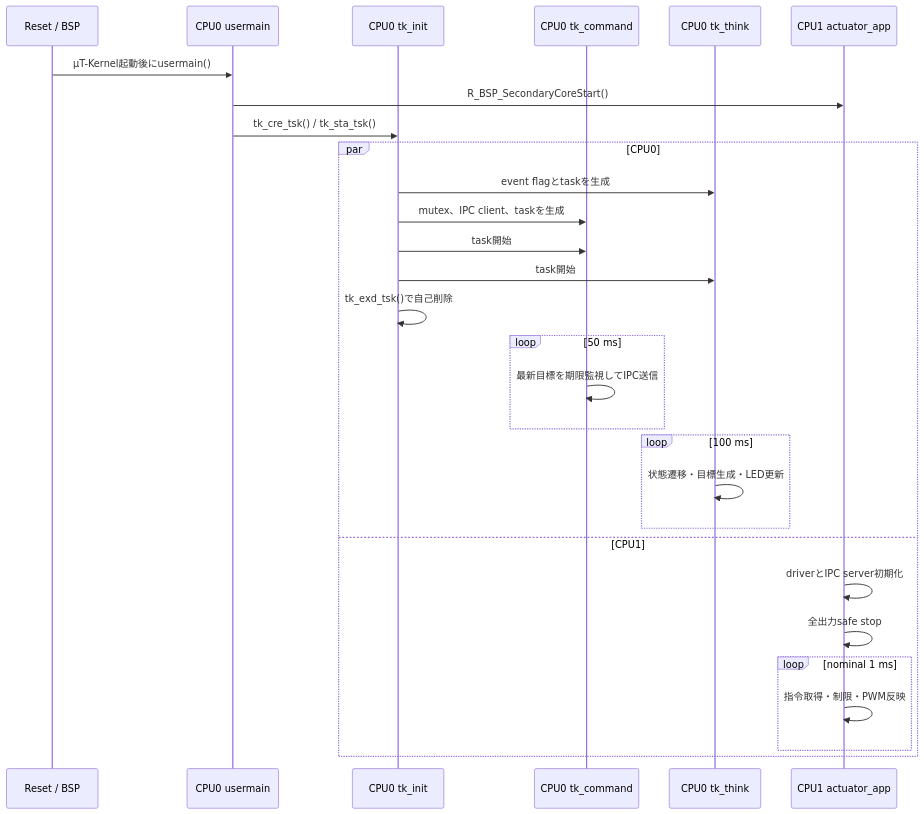
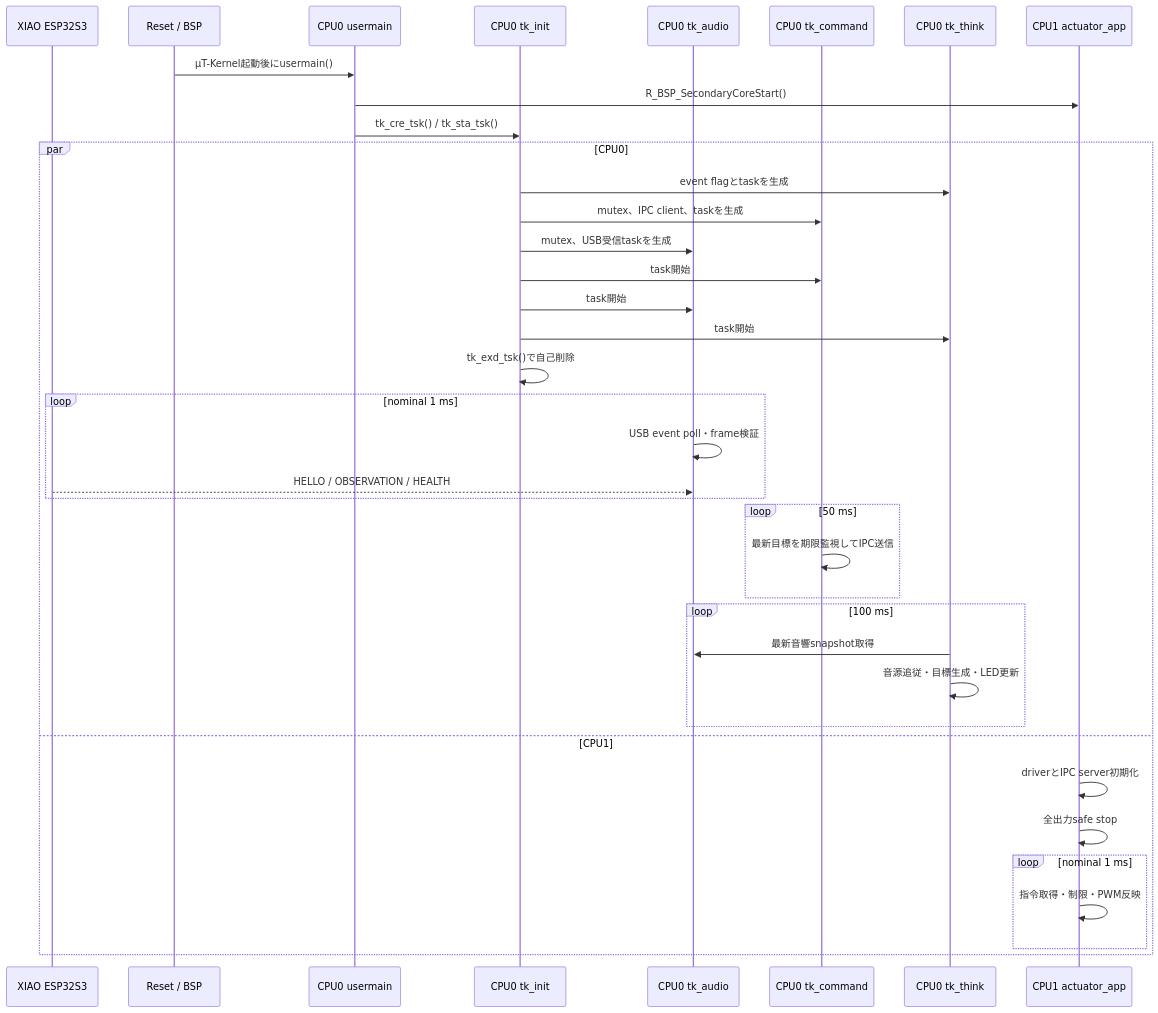
Before and after one commit to horned128/sound-exploration-rover: the second of 6 diagrams in docs/ra8p1/ARCHITECTURE.md, drawn with Mermaid. The commit also changed other lines of this file and 116 other files, not shown here.

Commit message:
feat: respeaker with xiao esp32s3に書き込むfirmaware/esp32s3を追加 それに伴い、firmware/ra8p1に音源に向かって進行するプログラムに変更 EK-RA8P1↔ESP32-S3は、USB CDCで通信

````diff
--- a/docs/ra8p1/ARCHITECTURE.md
+++ b/docs/ra8p1/ARCHITECTURE.md
@@ -114,32 +145,41 @@
 ```mermaid
 sequenceDiagram
+    participant ESP as XIAO ESP32S3
     participant RESET as Reset / BSP
     participant MAIN as CPU0 usermain
     participant INIT as CPU0 tk_init
+    participant AUDIO as CPU0 tk_audio
     participant CMD as CPU0 tk_command
     participant THINK as CPU0 tk_think
     participant C1 as CPU1 actuator_app
 
     RESET->>MAIN: μT-Kernel起動後にusermain()
     MAIN->>C1: R_BSP_SecondaryCoreStart()
     MAIN->>INIT: tk_cre_tsk() / tk_sta_tsk()
     par CPU0
         INIT->>THINK: event flagとtaskを生成
         INIT->>CMD: mutex、IPC client、taskを生成
+        INIT->>AUDIO: mutex、USB受信taskを生成
         INIT->>CMD: task開始
+        INIT->>AUDIO: task開始
         INIT->>THINK: task開始
         INIT->>INIT: tk_exd_tsk()で自己削除
+        loop nominal 1 ms
+            AUDIO->>AUDIO: USB event poll・frame検証
+            ESP-->>AUDIO: HELLO / OBSERVATION / HEALTH
+        end
         loop 50 ms
             CMD->>CMD: 最新目標を期限監視してIPC送信
         end
         loop 100 ms
-            THINK->>THINK: 状態遷移・目標生成・LED更新
+            THINK->>AUDIO: 最新音響snapshot取得
+            THINK->>THINK: 音源追従・目標生成・LED更新
         end
     and CPU1
         C1->>C1: driverとIPC server初期化
         C1->>C1: 全出力safe stop
         loop nominal 1 ms
             C1->>C1: 指令取得・制限・PWM反映
         end
     end
 ```
````
